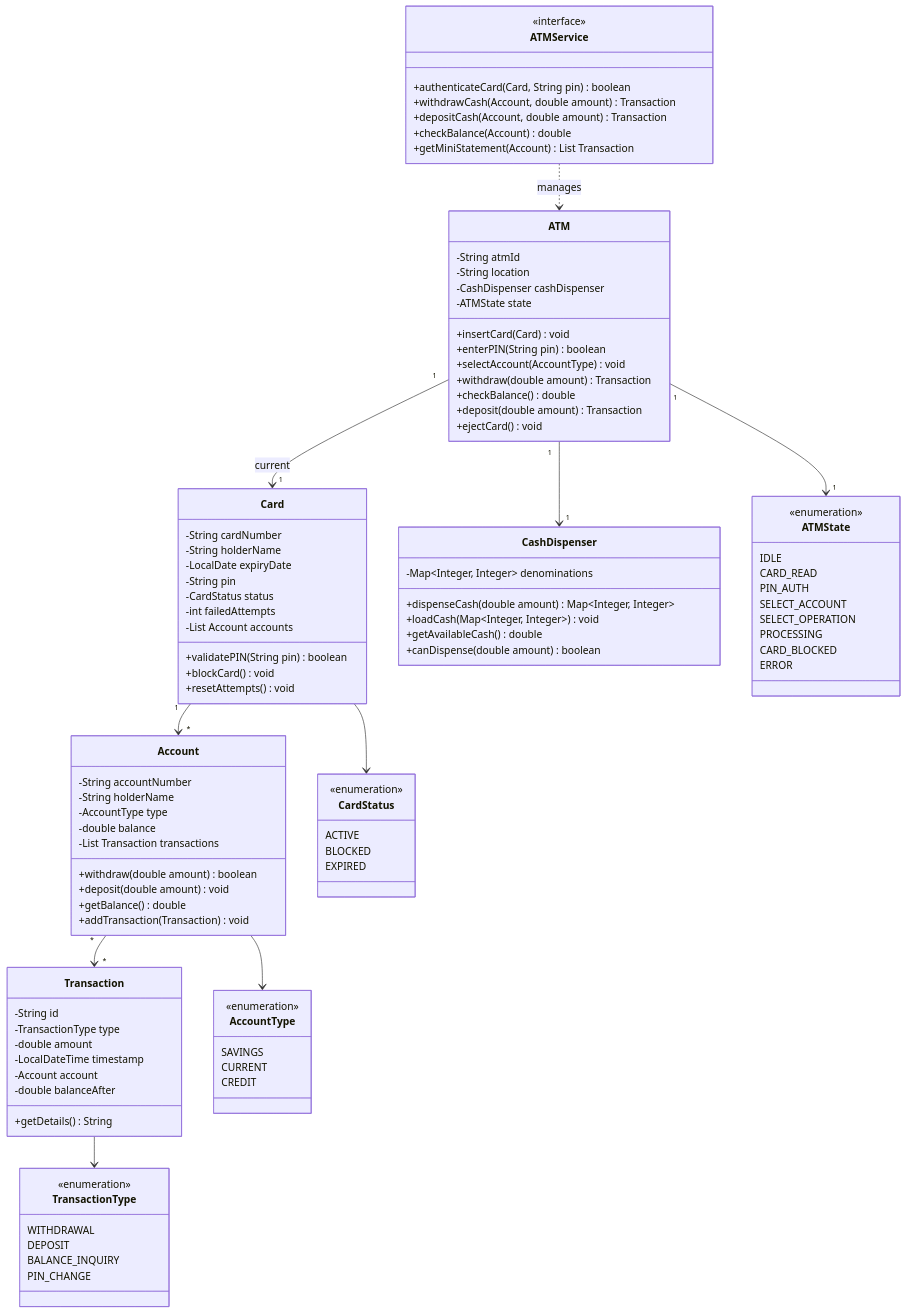
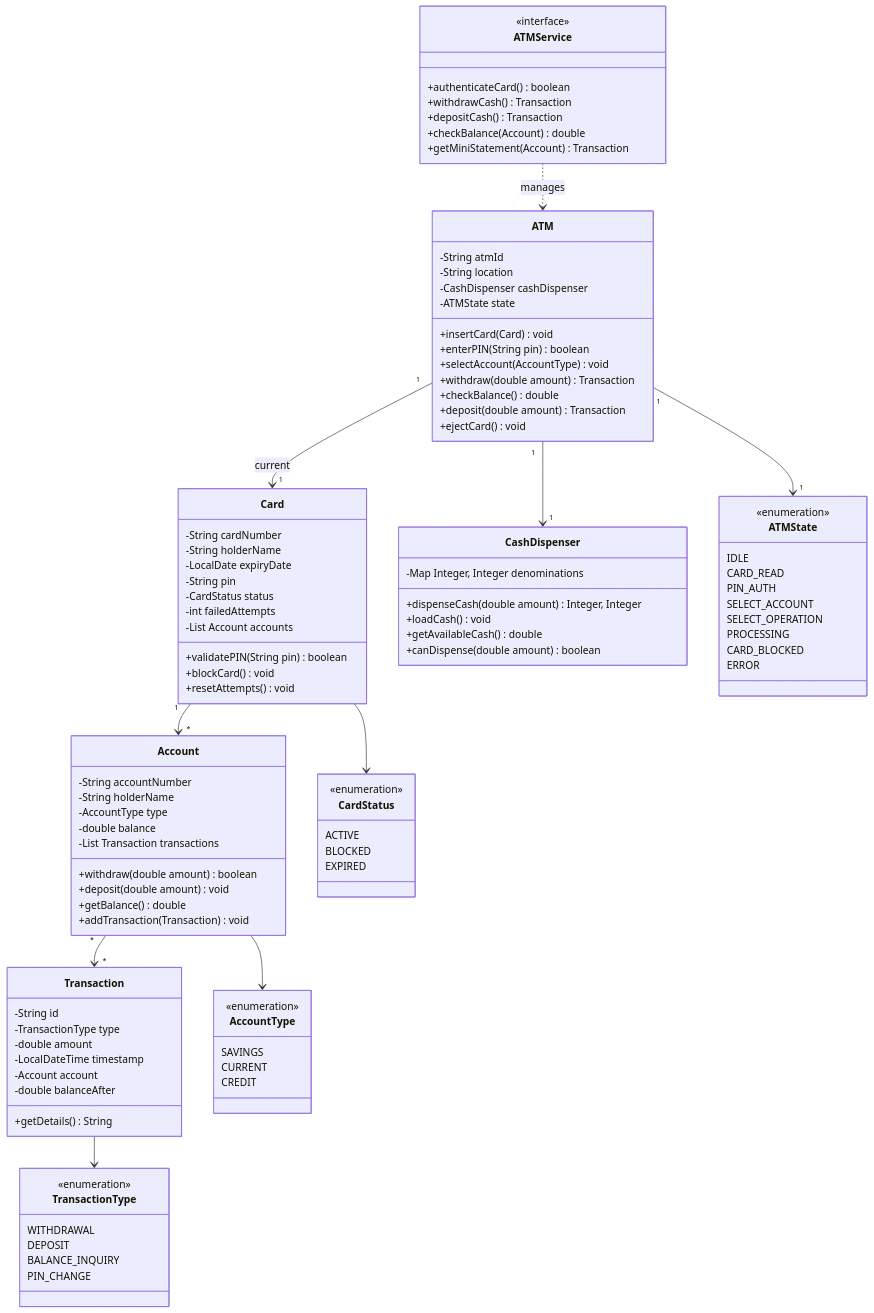
The diagram in docs/problems/atm/README.md (dlkr18/lld-playbook), drawn with Mermaid before and after one commit. The commit also changed 29 other files, not shown here.

First line of the commit message:
Fix Mermaid rendering: downgrade to v9, aggressive classDiagram sanitization.

```diff
--- a/docs/problems/atm/README.md
+++ b/docs/problems/atm/README.md
@@ -140,9 +140,9 @@
     }
 
     class CashDispenser {
-        -Map~Integer, Integer~ denominations
-        +dispenseCash(double amount) Map~Integer, Integer~
-        +loadCash(Map~Integer, Integer~) void
+        -Map Integer, Integer denominations
+        +dispenseCash(double amount) Integer, Integer
+        +loadCash() void
         +getAvailableCash() double
         +canDispense(double amount) boolean
     }
@@ -159,11 +159,11 @@
 
     class ATMService {
         <<interface>>
-        +authenticateCard(Card, String pin) boolean
-        +withdrawCash(Account, double amount) Transaction
-        +depositCash(Account, double amount) Transaction
+        +authenticateCard() boolean
+        +withdrawCash() Transaction
+        +depositCash() Transaction
         +checkBalance(Account) double
-        +getMiniStatement(Account) List Transaction
+        +getMiniStatement(Account) Transaction
     }
 
     class ATMState {
```
